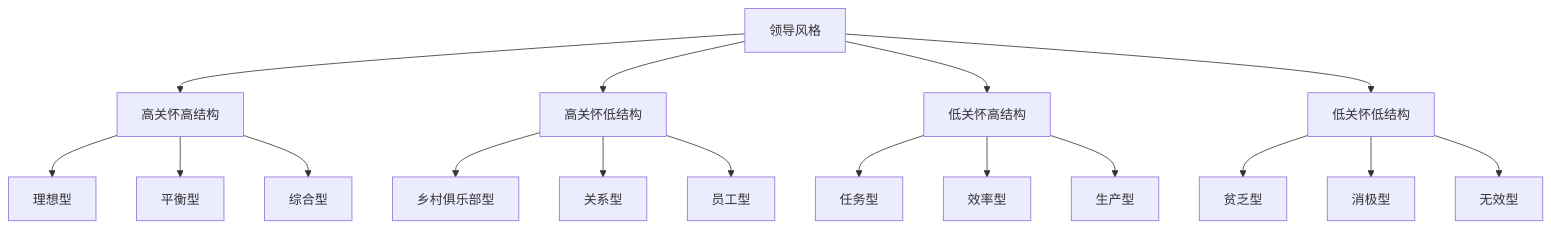
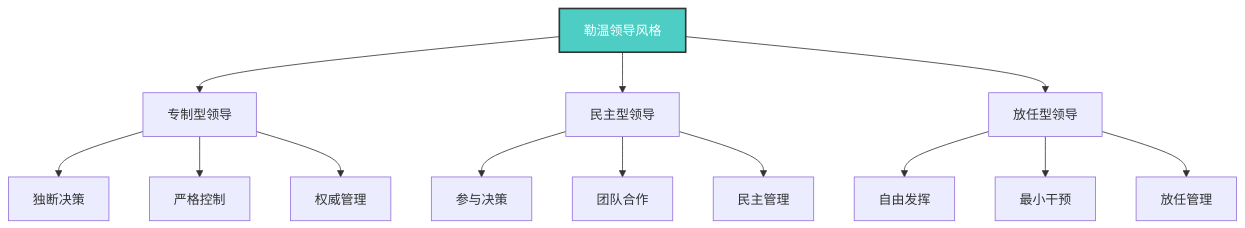
Before and after one commit to Anping2017/obsidian: the second of 7 diagrams in 企业领导力/02-理论理解层/经典领导理论/02-行为理论.md, drawn with Mermaid. The commit also changed other lines of this file and 8 other files, not shown here.

````diff
--- a/企业领导力/02-理论理解层/经典领导理论/02-行为理论.md
+++ b/企业领导力/02-理论理解层/经典领导理论/02-行为理论.md
@@ -64,23 +53,20 @@
 ```mermaid
 graph TD
-    A[领导风格] --> B[高关怀高结构]
-    A --> C[高关怀低结构]
-    A --> D[低关怀高结构]
-    A --> E[低关怀低结构]
+    A[勒温领导风格] --> B[专制型领导]
+    A --> C[民主型领导]
+    A --> D[放任型领导]
     
-    B --> B1[理想型]
-    B --> B2[平衡型]
-    B --> B3[综合型]
+    B --> B1[独断决策]
+    B --> B2[严格控制]
+    B --> B3[权威管理]
     
-    C --> C1[乡村俱乐部型]
-    C --> C2[关系型]
-    C --> C3[员工型]
+    C --> C1[参与决策]
+    C --> C2[团队合作]
+    C --> C3[民主管理]
     
-    D --> D1[任务型]
-    D --> D2[效率型]
-    D --> D3[生产型]
+    D --> D1[自由发挥]
+    D --> D2[最小干预]
+    D --> D3[放任管理]
     
-    E --> E1[贫乏型]
-    E --> E2[消极型]
-    E --> E3[无效型]
+    style A fill:#4ecdc4,stroke:#333,stroke-width:2px,color:#fff
 ```
````
